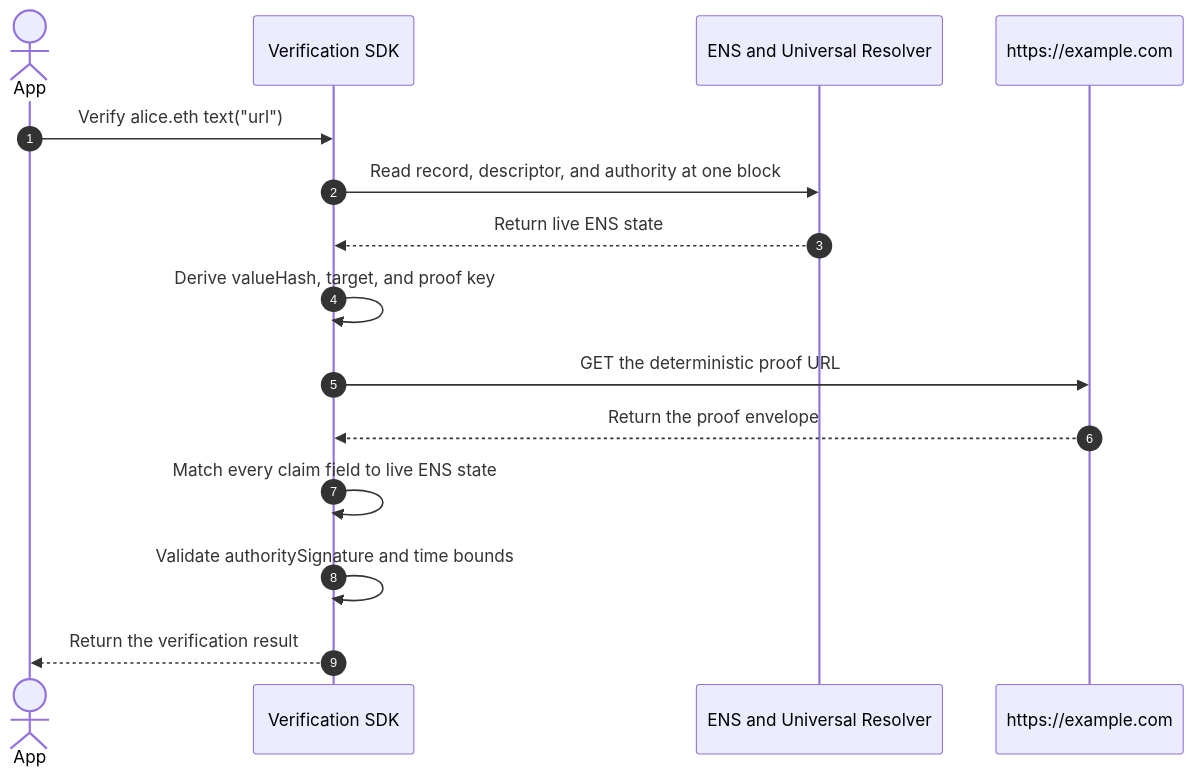
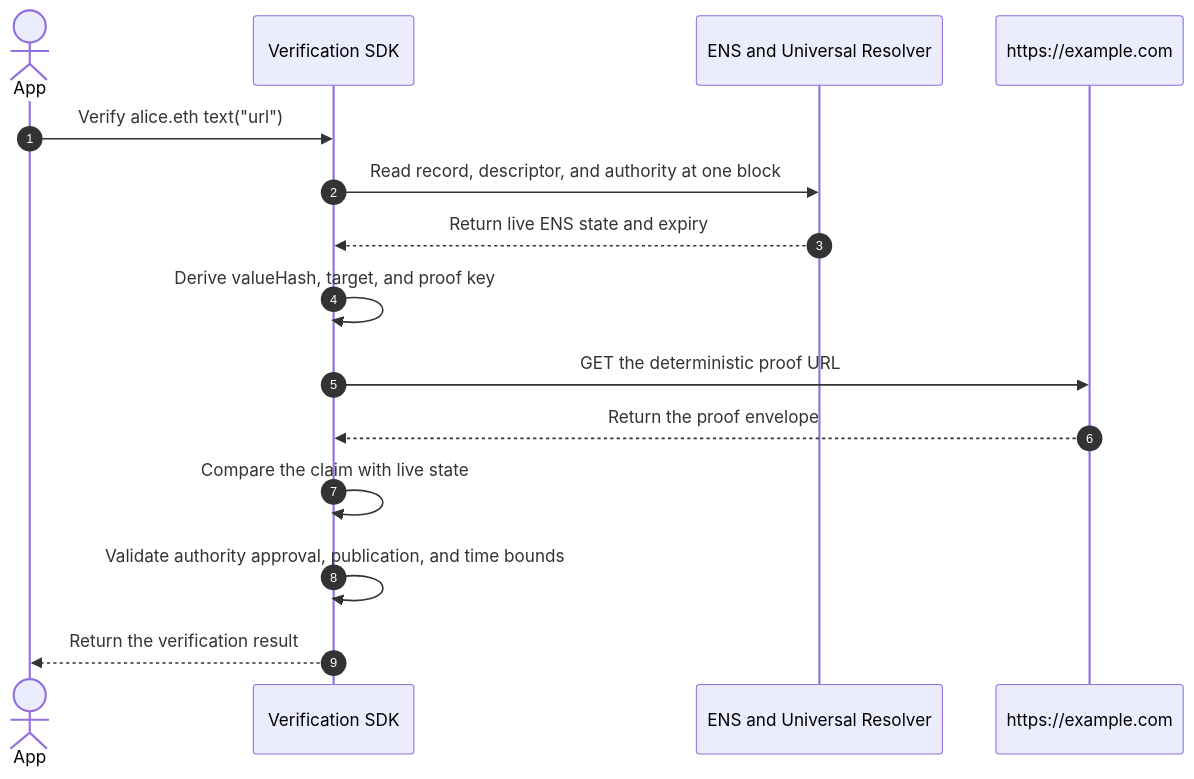
Before and after one commit to envoy1084/ensip-verification: the diagram in apps/web/src/pages/docs/components/index.mdx, drawn with Mermaid. The commit also changed other lines of this file, not shown here.

````diff
--- a/apps/web/src/pages/docs/components/index.mdx
+++ b/apps/web/src/pages/docs/components/index.mdx
@@ -137,18 +263,18 @@
 ```mermaid
 sequenceDiagram
   autonumber
   actor App
   participant SDK as Verification SDK
   participant ENS as ENS and Universal Resolver
   participant Origin as https://example.com
 
   App->>SDK: Verify alice.eth text("url")
   SDK->>ENS: Read record, descriptor, and authority at one block
-  ENS-->>SDK: Return live ENS state
+  ENS-->>SDK: Return live ENS state and expiry
   SDK->>SDK: Derive valueHash, target, and proof key
   SDK->>Origin: GET the deterministic proof URL
   Origin-->>SDK: Return the proof envelope
-  SDK->>SDK: Match every claim field to live ENS state
-  SDK->>SDK: Validate authoritySignature and time bounds
+  SDK->>SDK: Compare the claim with live state
+  SDK->>SDK: Validate authority approval, publication, and time bounds
   SDK-->>App: Return the verification result
 ```
````
